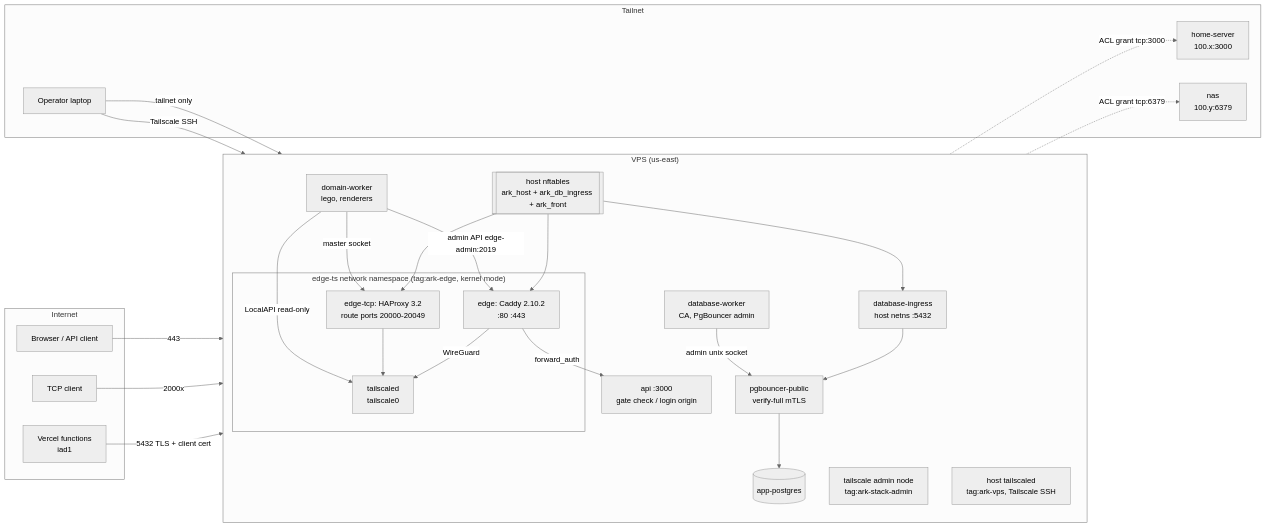
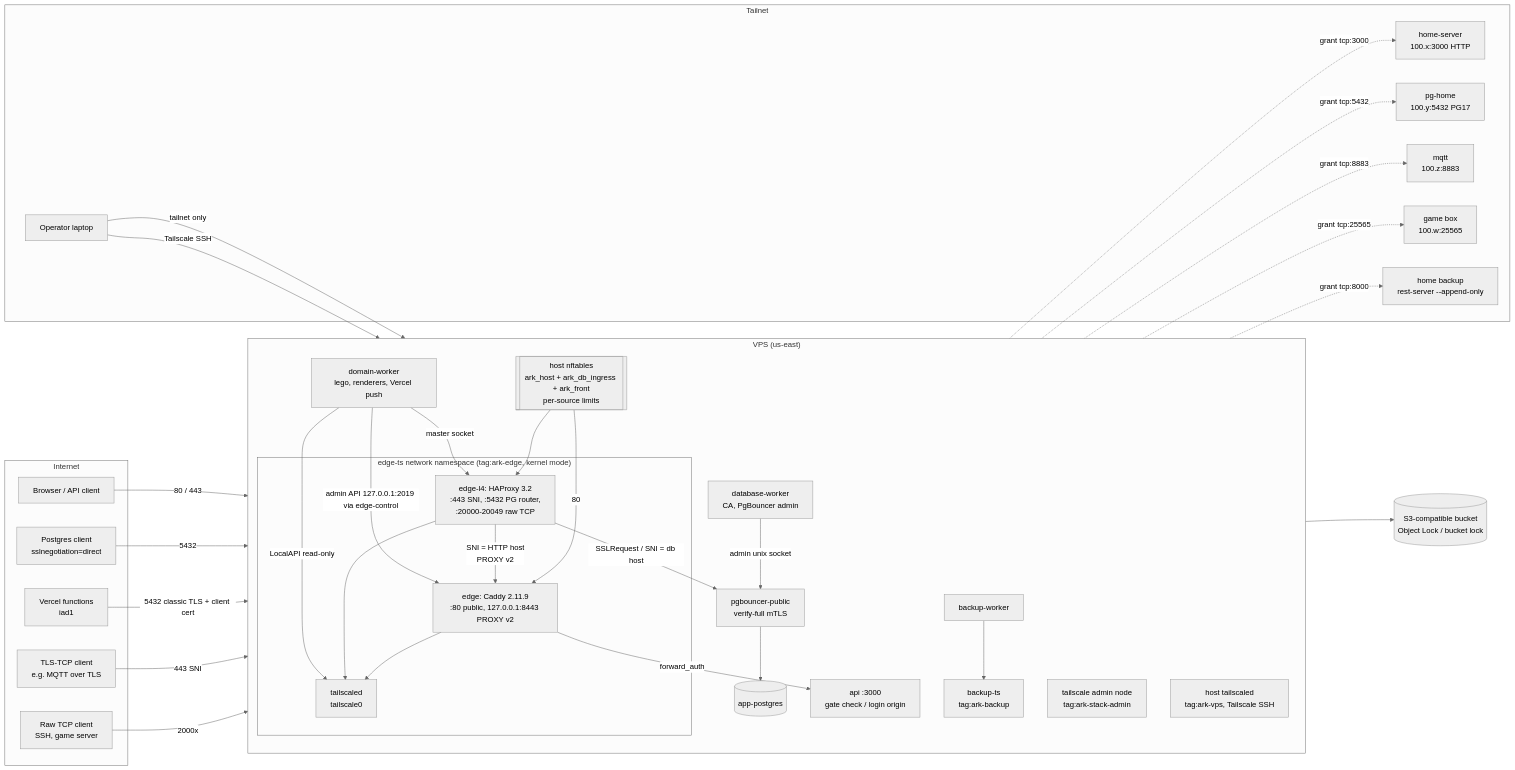
The first of 3 diagrams in docs/design/front-door.md (arkaydeus/ark-stack), drawn with Mermaid (neutral theme) before and after one commit. The commit also changed other lines of this file, not shown here.

First line of the commit message:
docs: front door design revision 2 with the user's decisions

````diff
--- a/docs/design/front-door.md
+++ b/docs/design/front-door.md
@@ -87,47 +121,65 @@
 ```mermaid
 flowchart LR
   subgraph Internet
     U[Browser / API client]
     V[Vercel functions<br/>iad1]
-    TC[TCP client]
+    PC[Postgres client<br/>sslnegotiation=direct]
+    TC[TLS-TCP client<br/>e.g. MQTT over TLS]
+    RC[Raw TCP client<br/>SSH, game server]
   end
 
   subgraph VPS["VPS (us-east)"]
     direction TB
-    HFW[[host nftables<br/>ark_host + ark_db_ingress + ark_front]]
+    HFW[[host nftables<br/>ark_host + ark_db_ingress + ark_front<br/>per-source limits]]
     subgraph NS["edge-ts network namespace (tag:ark-edge, kernel mode)"]
       TS[tailscaled<br/>tailscale0]
-      CADDY[edge: Caddy 2.10.2<br/>:80 :443]
-      HAP[edge-tcp: HAProxy 3.2<br/>route ports 20000-20049]
+      HAP[edge-l4: HAProxy 3.2<br/>:443 SNI, :5432 PG router,<br/>:20000-20049 raw TCP]
+      CADDY[edge: Caddy 2.11.9<br/>:80 public, 127.0.0.1:8443 PROXY v2]
     end
     API[api :3000<br/>gate check / login origin]
     PGB[pgbouncer-public<br/>verify-full mTLS]
-    ING[database-ingress<br/>host netns :5432]
     APG[(app-postgres)]
-    DW[domain-worker<br/>lego, renderers]
+    DW[domain-worker<br/>lego, renderers, Vercel push]
     DBW[database-worker<br/>CA, PgBouncer admin]
+    BW[backup-worker]
+    BTS[backup-ts<br/>tag:ark-backup]
     ADM[tailscale admin node<br/>tag:ark-stack-admin]
     HOSTTS[host tailscaled<br/>tag:ark-vps, Tailscale SSH]
   end
 
   subgraph Tailnet
-    T1[home-server<br/>100.x:3000]
-    T2[nas<br/>100.y:6379]
+    T1[home-server<br/>100.x:3000 HTTP]
+    T2[pg-home<br/>100.y:5432 PG17]
+    T3[mqtt<br/>100.z:8883]
+    T4[game box<br/>100.w:25565]
+    HB[home backup<br/>rest-server --append-only]
     OP[Operator laptop]
   end
 
-  U -->|443| HFW --> CADDY
-  TC -->|2000x| HFW --> HAP
-  V -->|5432 TLS + client cert| HFW --> ING --> PGB --> APG
+  S3[(S3-compatible bucket<br/>Object Lock / bucket lock)]
+
+  U -->|80 / 443| HFW
+  PC -->|5432| HFW
+  V -->|5432 classic TLS + client cert| HFW
+  TC -->|443 SNI| HFW
+  RC -->|2000x| HFW
+  HFW --> HAP
+  HFW -->|80| CADDY
+  HAP -->|SNI = HTTP host<br/>PROXY v2| CADDY
+  HAP -->|SSLRequest / SNI = db host| PGB --> APG
   CADDY -->|forward_auth| API
-  CADDY -->|WireGuard| TS
+  CADDY --> TS
   HAP --> TS
-  TS -.->|ACL grant tcp:3000| T1
-  TS -.->|ACL grant tcp:6379| T2
+  TS -.->|grant tcp:3000| T1
+  TS -.->|grant tcp:5432| T2
+  TS -.->|grant tcp:8883| T3
+  TS -.->|grant tcp:25565| T4
+  BW --> S3
+  BW --> BTS -.->|grant tcp:8000| HB
   OP -->|tailnet only| ADM
   OP -->|Tailscale SSH| HOSTTS
-  DW -->|admin API edge-admin:2019| CADDY
+  DW -->|admin API 127.0.0.1:2019 via edge-control| CADDY
   DW -->|master socket| HAP
   DW -->|LocalAPI read-only| TS
   DBW -->|admin unix socket| PGB
 ```
````
